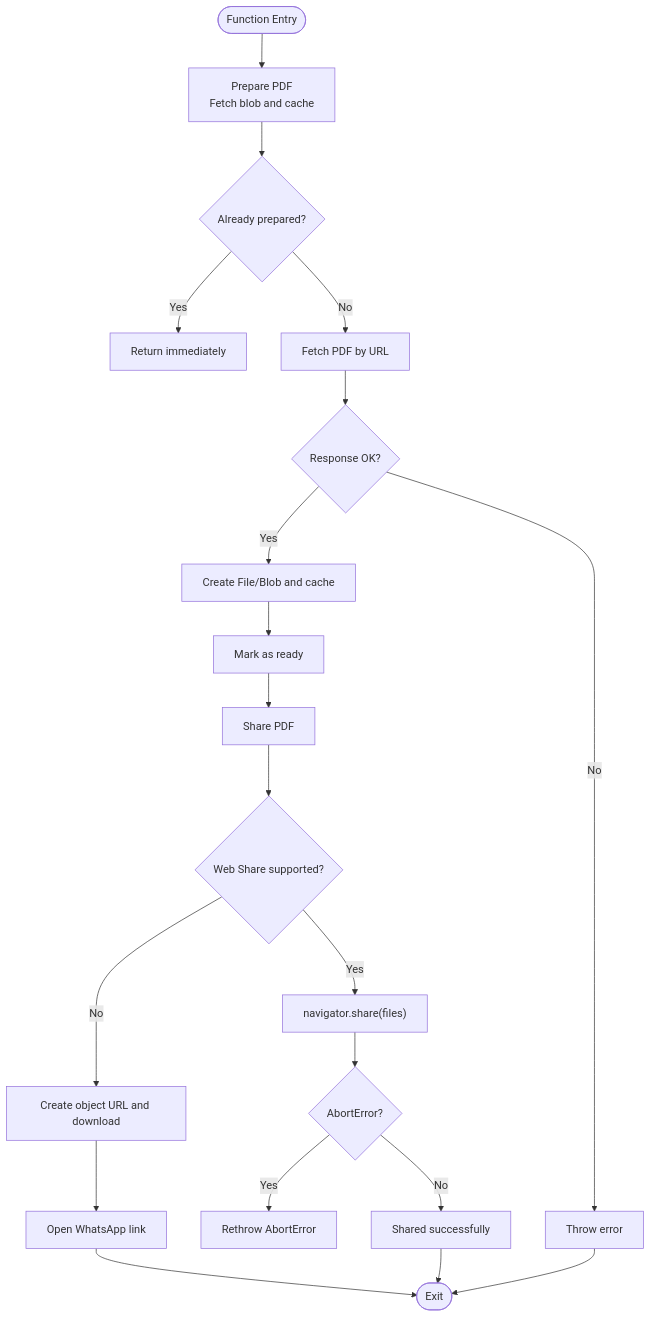
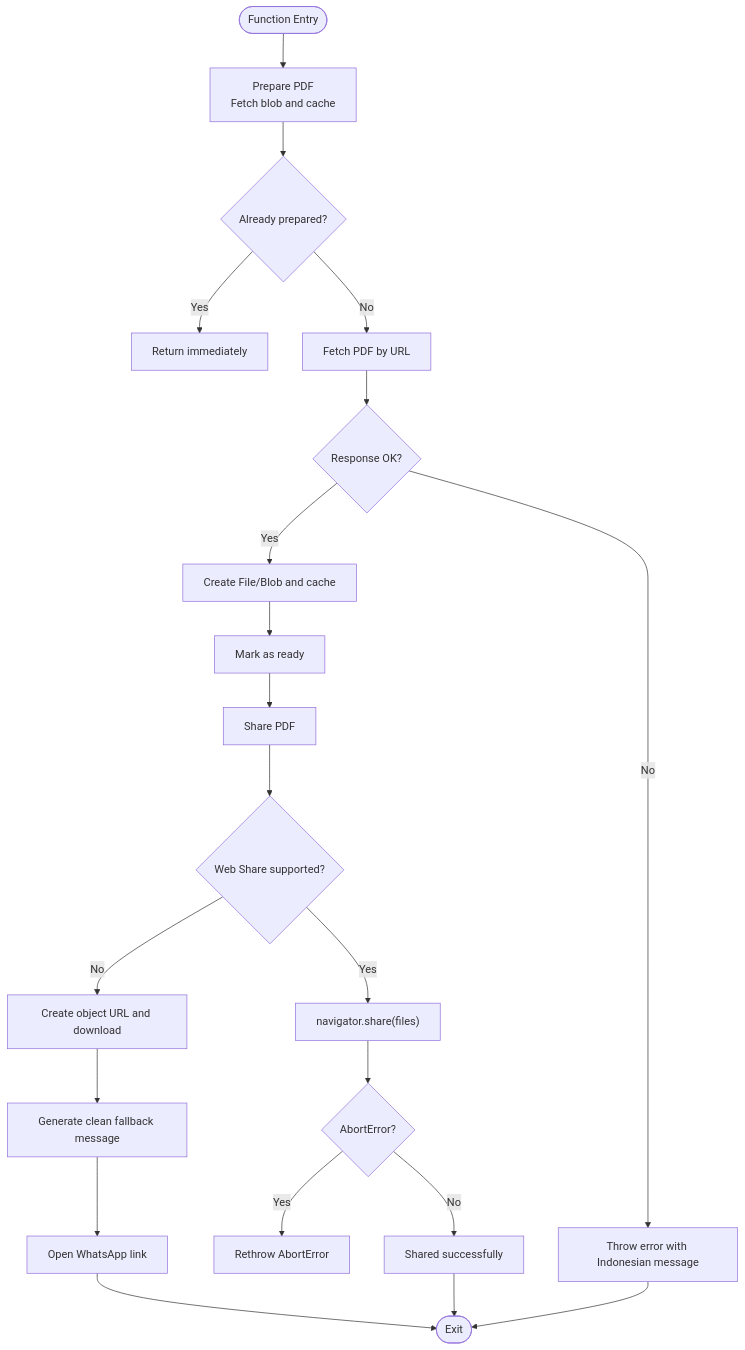
The third of 6 diagrams in .qoder/repowiki/en/content/Frontend Components/JavaScript and Assets.md (Dikksap/laravel_RsvHelmet), drawn with Mermaid before and after one commit. The commit also changed other lines of this file and 102 other files, not shown here.

````diff
--- a/.qoder/repowiki/en/content/Frontend Components/JavaScript and Assets.md
+++ b/.qoder/repowiki/en/content/Frontend Components/JavaScript and Assets.md
@@ -127,22 +135,23 @@
 ```mermaid
 flowchart TD
 Start(["Function Entry"]) --> Prepare["Prepare PDF<br/>Fetch blob and cache"]
 Prepare --> CheckCache{"Already prepared?"}
 CheckCache --> |Yes| ReturnReady["Return immediately"]
 CheckCache --> |No| FetchPDF["Fetch PDF by URL"]
 FetchPDF --> FetchOK{"Response OK?"}
-FetchOK --> |No| ThrowError["Throw error"]
+FetchOK --> |No| ThrowError["Throw error with Indonesian message"]
 FetchOK --> |Yes| CacheBlob["Create File/Blob and cache"]
 CacheBlob --> Ready["Mark as ready"]
 Ready --> ShareCall["Share PDF"]
 ShareCall --> CanShare{"Web Share supported?"}
 CanShare --> |Yes| TryShare["navigator.share(files)"]
 TryShare --> ShareAbort{"AbortError?"}
 ShareAbort --> |Yes| Rethrow["Rethrow AbortError"]
 ShareAbort --> |No| ShareDone["Shared successfully"]
 CanShare --> |No| Fallback["Create object URL and download"]
-Fallback --> OpenWA["Open WhatsApp link"]
+Fallback --> CleanMessage["Generate clean fallback message"]
+CleanMessage --> OpenWA["Open WhatsApp link"]
 OpenWA --> Done(["Exit"])
 ShareDone --> Done
 ThrowError --> Done
 ```
````
